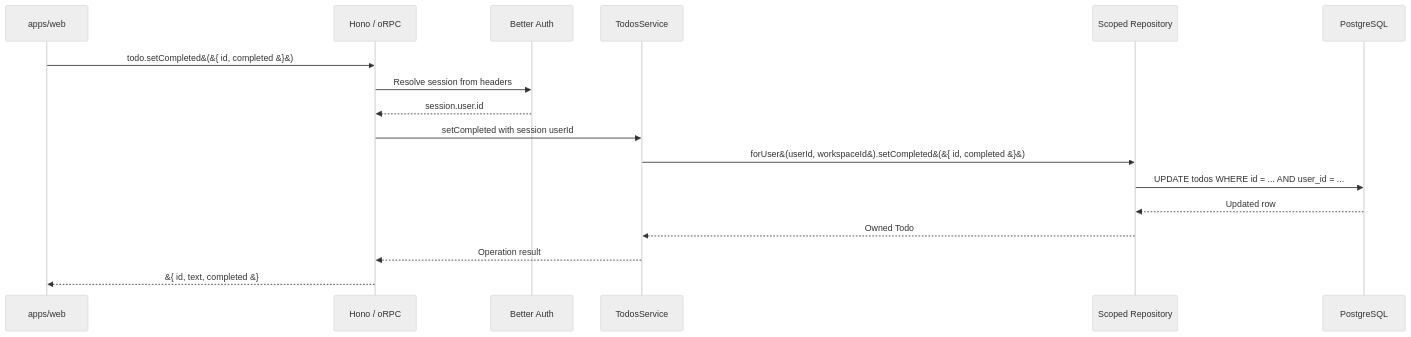
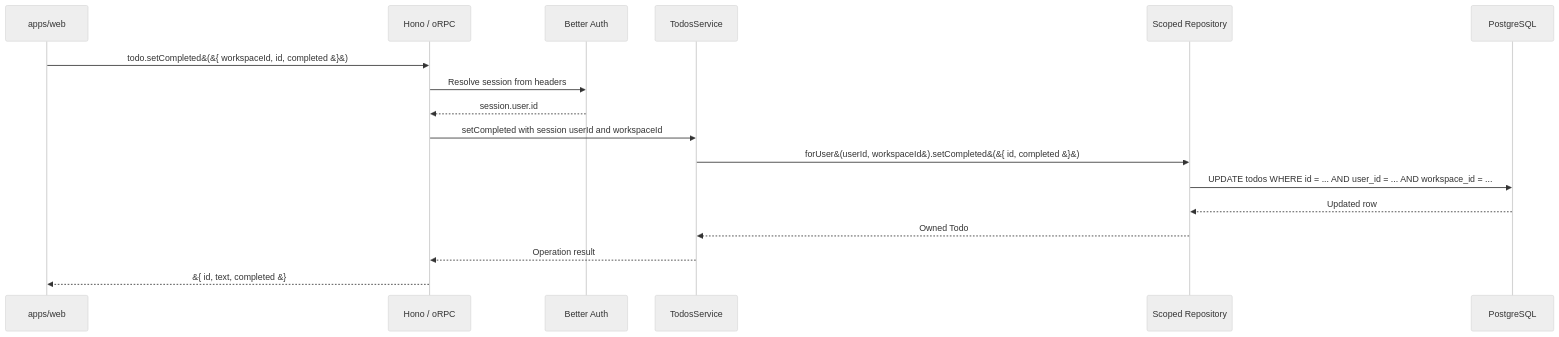
The second of 3 diagrams in docs/development.md (ShawnDen-coder/full-stack-example), drawn with Mermaid (neutral theme) before and after one commit. The commit also changed other lines of this file and 32 other files, not shown here.

````diff
--- a/docs/development.md
+++ b/docs/development.md
@@ -50,19 +50,19 @@
 ```mermaid
 sequenceDiagram
   participant web as apps/web
   participant api as Hono / oRPC
   participant auth as Better Auth
   participant service as TodosService
   participant repo as Scoped Repository
   participant postgres as PostgreSQL
-  web->>api: todo.setCompleted&#40;&#123; id, completed &#125;&#41;
+  web->>api: todo.setCompleted&#40;&#123; workspaceId, id, completed &#125;&#41;
   api->>auth: Resolve session from headers
   auth-->>api: session.user.id
-  api->>service: setCompleted with session userId
+  api->>service: setCompleted with session userId and workspaceId
   service->>repo: forUser&#40;userId, workspaceId&#41;.setCompleted&#40;&#123; id, completed &#125;&#41;
-  repo->>postgres: UPDATE todos WHERE id = ... AND user_id = ...
+  repo->>postgres: UPDATE todos WHERE id = ... AND user_id = ... AND workspace_id = ...
   postgres-->>repo: Updated row
   repo-->>service: Owned Todo
   service-->>api: Operation result
   api-->>web: &#123; id, text, completed &#125;
 ```
````
